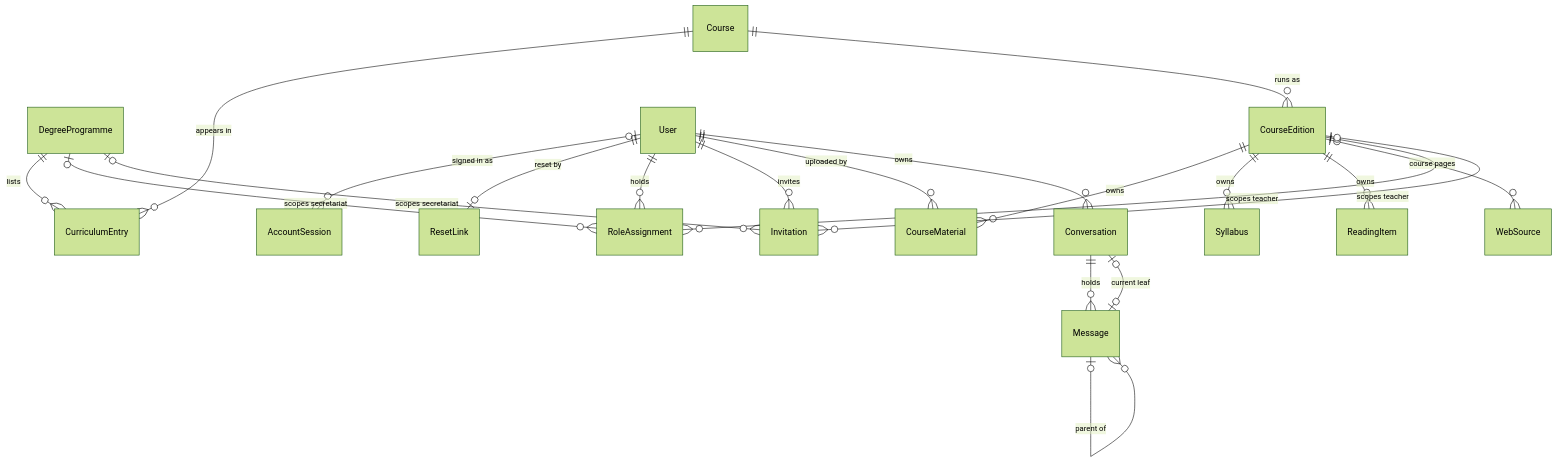
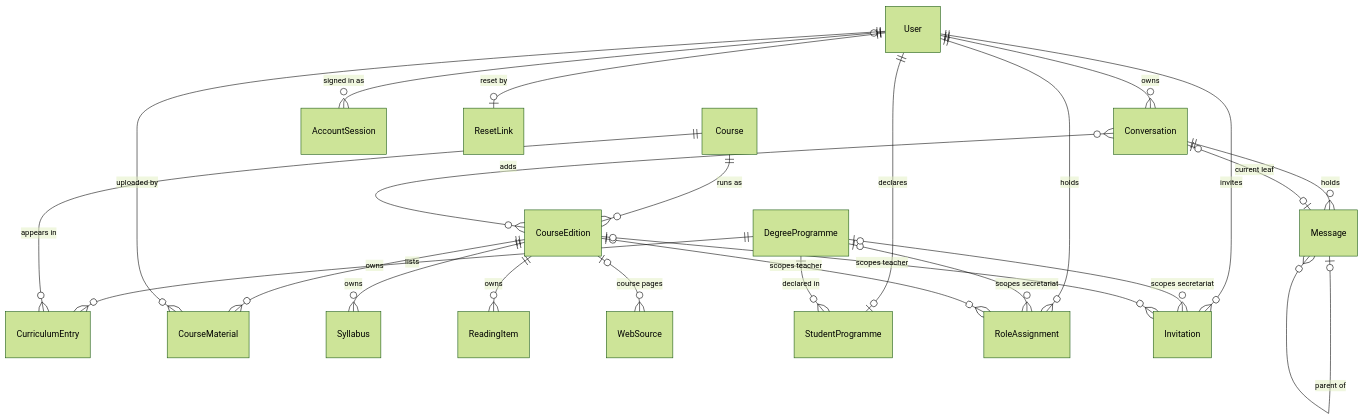
Before and after one commit to Zhengjunliang/multilingual-course-assistant: the diagram in docs/data-model.md, drawn with Mermaid (forest theme). The commit also changed other lines of this file and 6 other files, not shown here.

First line of the commit message:
docs: what a question may read, the programme a student declares, and the limits on course material

````diff
--- a/docs/data-model.md
+++ b/docs/data-model.md
@@ -11,23 +11,26 @@
 ```mermaid
 erDiagram
     DegreeProgramme ||--o{ CurriculumEntry : lists
     Course ||--o{ CurriculumEntry : "appears in"
     Course ||--o{ CourseEdition : "runs as"
     CourseEdition ||--o{ CourseMaterial : owns
     CourseEdition ||--o{ Syllabus : owns
     CourseEdition ||--o{ ReadingItem : owns
     CourseEdition |o--o{ WebSource : "course pages"
     User |o--o{ AccountSession : "signed in as"
+    User ||--o| StudentProgramme : declares
+    DegreeProgramme ||--o{ StudentProgramme : "declared in"
     User ||--o| ResetLink : "reset by"
     User ||--o{ RoleAssignment : holds
     DegreeProgramme |o--o{ RoleAssignment : "scopes secretariat"
     CourseEdition |o--o{ RoleAssignment : "scopes teacher"
     User ||--o{ Invitation : invites
     DegreeProgramme |o--o{ Invitation : "scopes secretariat"
     CourseEdition |o--o{ Invitation : "scopes teacher"
     User ||--o{ CourseMaterial : "uploaded by"
     User ||--o{ Conversation : owns
     Conversation ||--o{ Message : holds
+    Conversation }o--o{ CourseEdition : adds
     Message |o--o{ Message : "parent of"
     Conversation |o--o| Message : "current leaf"
 ```
````
